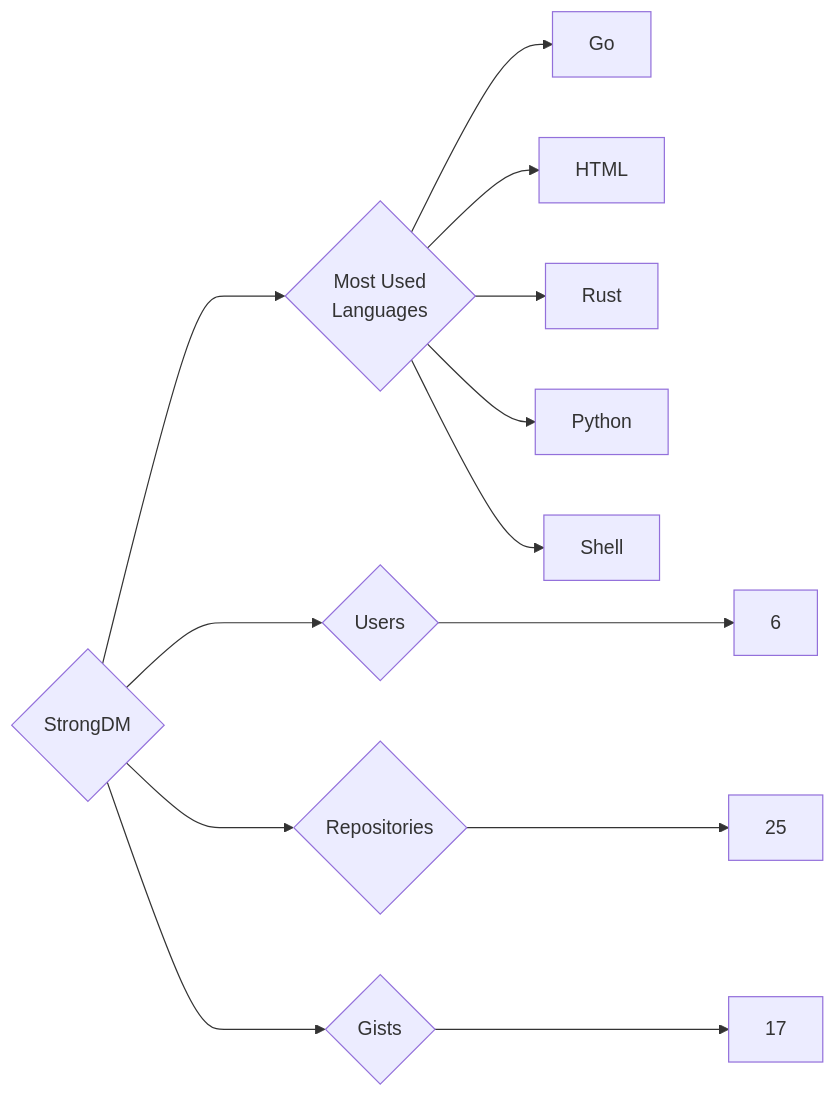
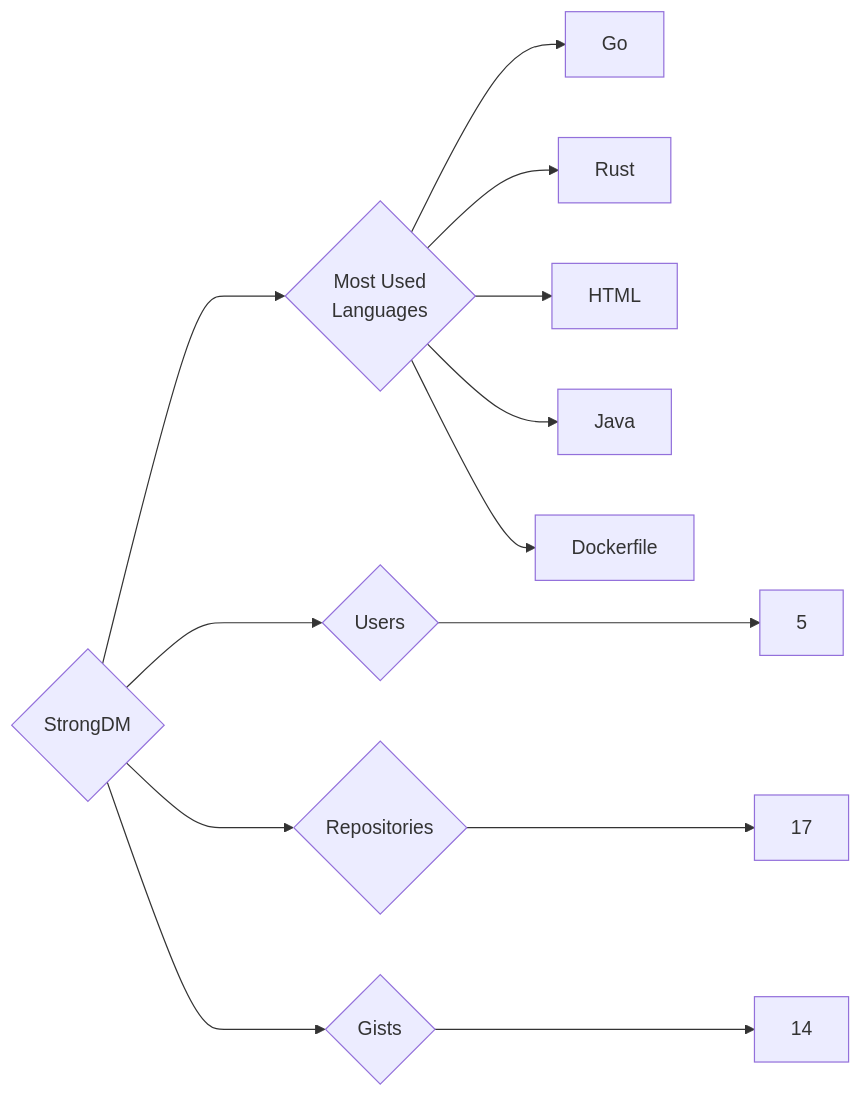
The diagram in targets/StrongDM/README.md (trickest/insiders), drawn with Mermaid before and after one commit. The commit also changed 995 other files, not shown here.

````diff
--- a/targets/StrongDM/README.md
+++ b/targets/StrongDM/README.md
@@ -3,13 +3,13 @@
 ```mermaid
 graph LR
 COMPANY_NAME{StrongDM}
-COMPANY_NAME ---> U{Users} ---> UN[6]
-COMPANY_NAME ---> R{Repositories} ---> RN[25]
-COMPANY_NAME ---> G{Gists} ---> GN[17]
+COMPANY_NAME ---> U{Users} ---> UN[5]
+COMPANY_NAME ---> R{Repositories} ---> RN[17]
+COMPANY_NAME ---> G{Gists} ---> GN[14]
 COMPANY_NAME ---> ML{Most Used<br>Languages}
 ML --> Go[Go]
+ML --> Rust[Rust]
 ML --> HTML[HTML]
-ML --> Rust[Rust]
-ML --> Python[Python]
-ML --> Shell[Shell]
+ML --> Java[Java]
+ML --> Dockerfile[Dockerfile]
 ```
````
